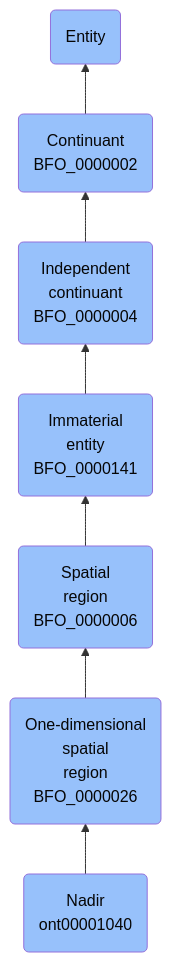
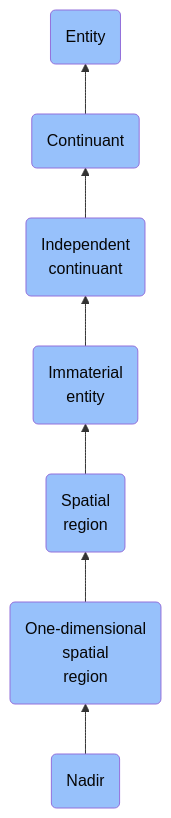
Before and after one commit to jupyter-naas/abi: the diagram in docs/ontology/reference/model/Entity/Continuant/Independent continuant/Immaterial entity/Spatial region/One-dimensional spatial region/Nadir/Nadir.md, drawn with Mermaid. The commit also changed other lines of this file and 1430 other files, not shown here.

````diff
--- a/docs/ontology/reference/model/Entity/Continuant/Independent continuant/Immaterial entity/Spatial region/One-dimensional spatial region/Nadir/Nadir.md
+++ b/docs/ontology/reference/model/Entity/Continuant/Independent continuant/Immaterial entity/Spatial region/One-dimensional spatial region/Nadir/Nadir.md
@@ -24,14 +24,14 @@
 ```mermaid
 graph BT
-    ont00001040(Nadir<br>ont00001040):::BFO-->BFO_0000026
-    BFO_0000026(One-dimensional<br>spatial<br>region<br>BFO_0000026):::BFO-->BFO_0000006
-    BFO_0000006(Spatial<br>region<br>BFO_0000006):::BFO-->BFO_0000141
-    BFO_0000141(Immaterial<br>entity<br>BFO_0000141):::BFO-->BFO_0000004
-    BFO_0000004(Independent<br>continuant<br>BFO_0000004):::BFO-->BFO_0000002
-    BFO_0000002(Continuant<br>BFO_0000002):::BFO-->BFO_0000001
+    ont00001040(Nadir):::BFO-->BFO_0000026
+    BFO_0000026(One-dimensional<br>spatial<br>region):::BFO-->BFO_0000006
+    BFO_0000006(Spatial<br>region):::BFO-->BFO_0000141
+    BFO_0000141(Immaterial<br>entity):::BFO-->BFO_0000004
+    BFO_0000004(Independent<br>continuant):::BFO-->BFO_0000002
+    BFO_0000002(Continuant):::BFO-->BFO_0000001
     BFO_0000001(Entity):::BFO
     
     classDef BFO fill:#97c1fb,color:#060606
     classDef CCO fill:#e4c51e,color:#060606
     classDef ABI fill:#48DD82,color:#060606
 ```
````
